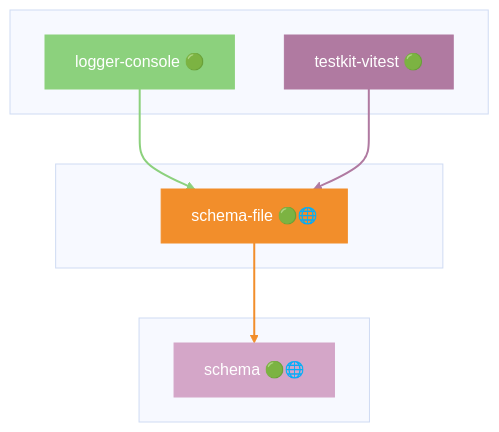
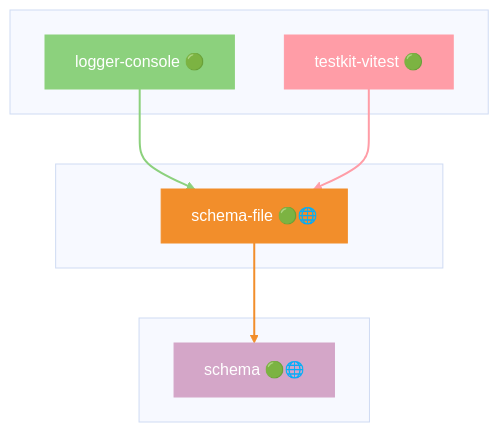
Diagram 39 of 48 in docs/DEPENDENCIES.md (grest-ts/grest-ts), drawn with Mermaid (base theme) before and after one commit. The commit also changed other lines of this file and 21 other files, not shown here.

````diff
--- a/docs/DEPENDENCIES.md
+++ b/docs/DEPENDENCIES.md
@@ -1999,23 +2025,23 @@
 ```mermaid
 flowchart TB
     subgraph Dependents[" "]
         logger-console["logger-console 🟢"]
         testkit-vitest["testkit-vitest 🟢"]
     end
     subgraph Package[" "]
         schema-file["schema-file 🟢🌐"]
     end
     subgraph Dependencies[" "]
         schema["schema 🟢🌐"]
     end
     logger-console --> schema-file
     testkit-vitest --> schema-file
     schema-file --> schema
     style schema-file fill:#F28E2B,stroke:#F28E2B,color:#fff
     style logger-console fill:#8CD17D,stroke:#8CD17D,color:#fff
-    style testkit-vitest fill:#B07AA1,stroke:#B07AA1,color:#fff
+    style testkit-vitest fill:#FF9DA7,stroke:#FF9DA7,color:#fff
     style schema fill:#D4A6C8,stroke:#D4A6C8,color:#fff
     linkStyle 0 stroke:#8CD17D,stroke-width:2px
-    linkStyle 1 stroke:#B07AA1,stroke-width:2px
+    linkStyle 1 stroke:#FF9DA7,stroke-width:2px
     linkStyle 2 stroke:#F28E2B,stroke-width:2px
 ```
````
